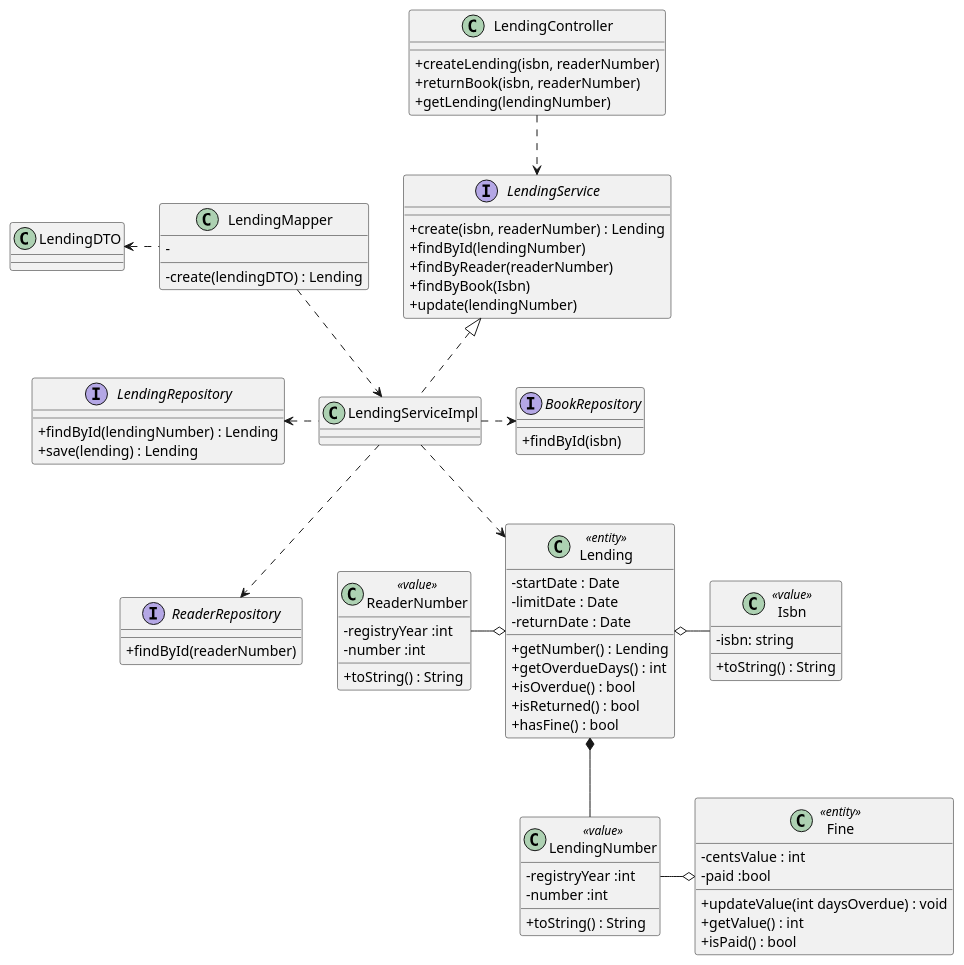
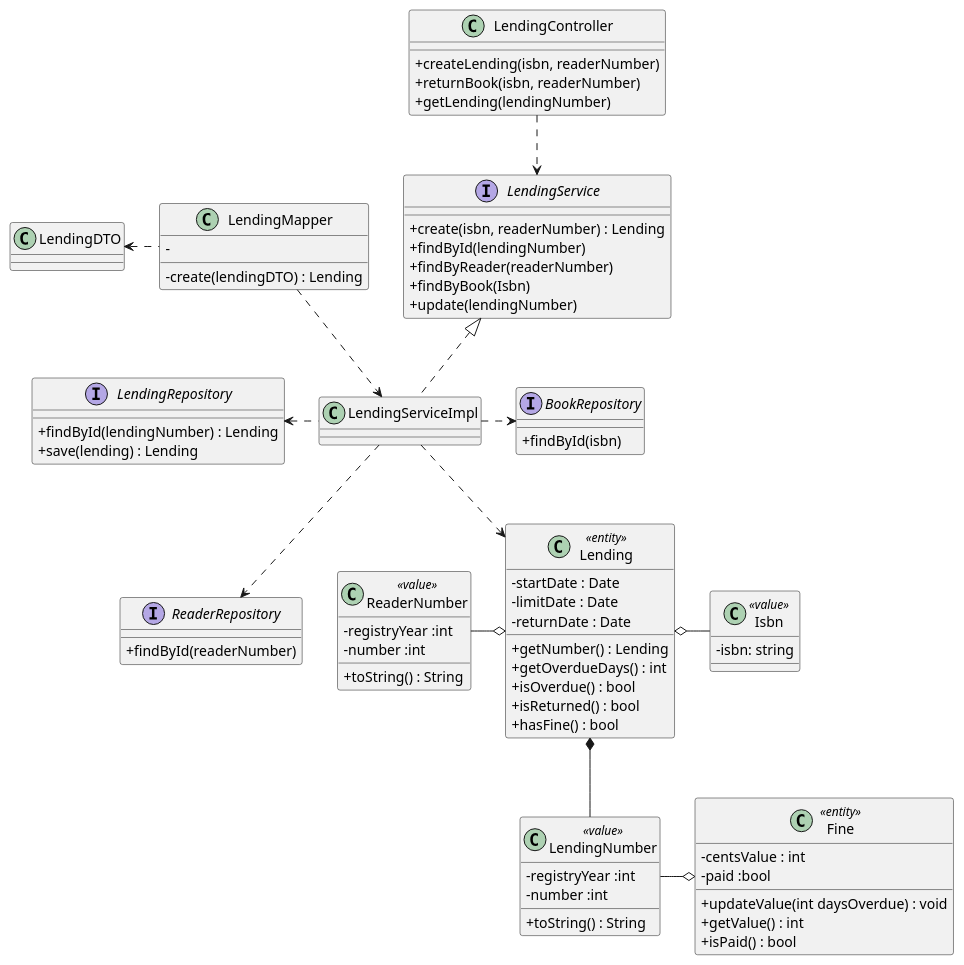
Before and after one commit to rutemf/1220944_1220772_G01: the diagram in Docs/Phase1/WP4A-Lendings/WP4A-Lendings-CD.puml, drawn with PlantUML. The commit also changed 22 other files, not shown here.

```diff
--- a/Docs/Phase1/WP4A-Lendings/WP4A-Lendings-CD.puml
+++ b/Docs/Phase1/WP4A-Lendings/WP4A-Lendings-CD.puml
@@ -1,98 +1,97 @@
 @startuml
 
 'hide circle
 skinparam classAttributeIconSize 0
 
 class LendingController {
     + createLending(isbn, readerNumber)
     + returnBook(isbn, readerNumber)
     + getLending(lendingNumber)
 }
 
 interface LendingRepository {
     + findById(lendingNumber) : Lending
     + save(lending) : Lending
 }
 
 interface LendingService {
     + create(isbn, readerNumber) : Lending
     + findById(lendingNumber)
     + findByReader(readerNumber)
     + findByBook(Isbn)
     + update(lendingNumber)
 }
 
 class LendingServiceImpl implements LendingService{
 }
 
 interface ReaderRepository {
     + findById(readerNumber)
 }
 
 interface BookRepository {
     + findById(isbn)
 }
 
 class Lending <<entity>>{
     - startDate : Date
     - limitDate : Date
     - returnDate : Date
     + getNumber() : Lending
     + getOverdueDays() : int
     + isOverdue() : bool
     + isReturned() : bool
     + hasFine() : bool
 }
 
 class LendingNumber <<value>> {
     - registryYear :int
     - number :int
     + toString() : String
 }
 
 class Isbn <<value>>{
     - isbn: string
-    + toString() : String
 }
 
 class ReaderNumber <<value>>{
     - registryYear :int
     - number :int
     + toString() : String
 }
 
 class Fine <<entity>>{
     - centsValue : int
     - paid :bool
     + updateValue(int daysOverdue) : void
     + getValue() : int
     + isPaid() : bool
 }
 
 class LendingDTO{
 
 }
 
 class LendingMapper{
     - create(lendingDTO) : Lending
     -
 
 }
 
 
 Lending o- Isbn
 Lending o-left- ReaderNumber
 Lending *-down- LendingNumber
 LendingNumber -right-o Fine
 
 LendingServiceImpl ..> Lending
 
 LendingController ..> LendingService
 LendingServiceImpl .left.> LendingRepository
 LendingServiceImpl ..> ReaderRepository
 LendingServiceImpl .right.> BookRepository
 
 LendingServiceImpl <.up. LendingMapper
 LendingMapper .left.> LendingDTO
 
 @enduml
```
